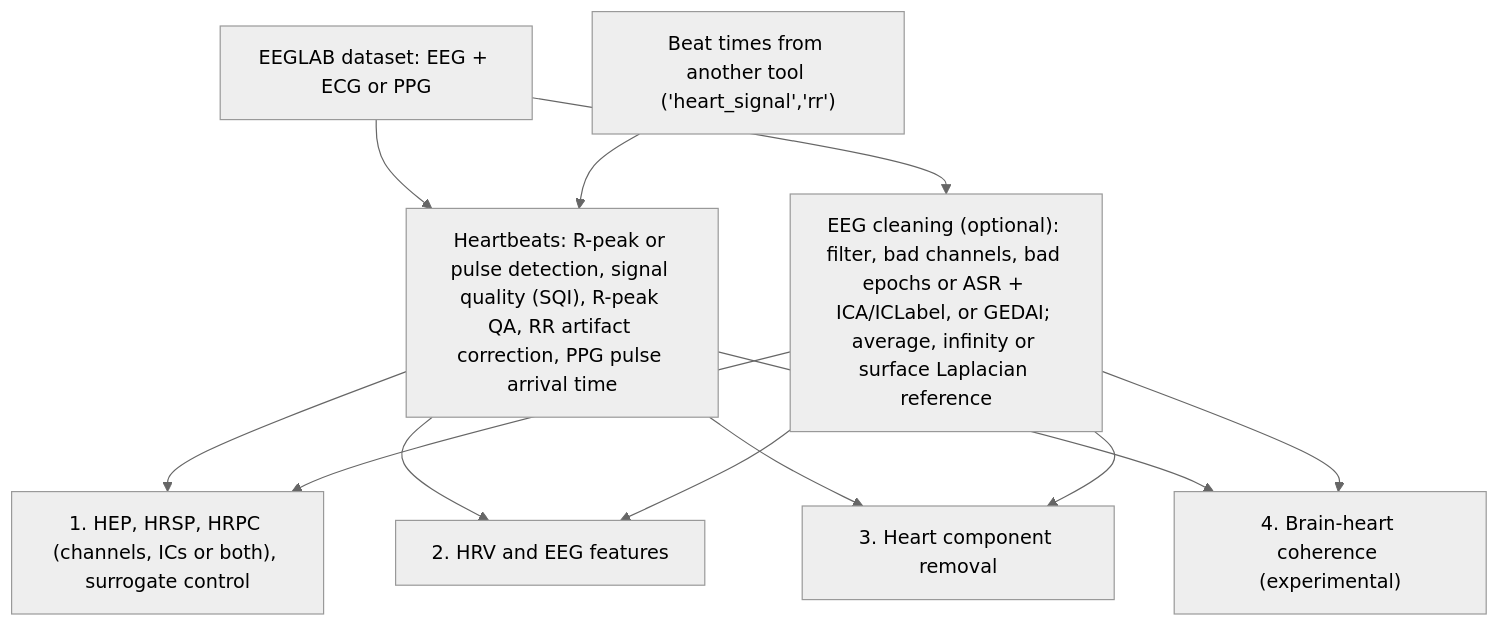
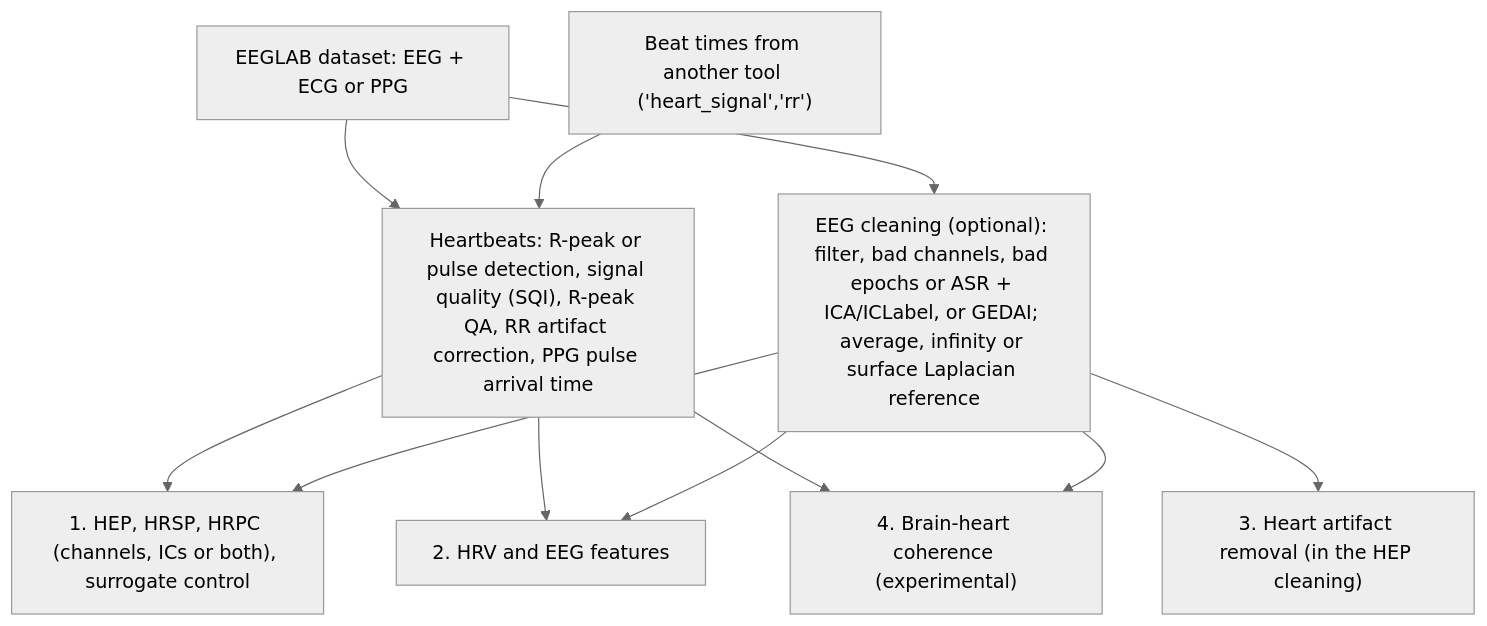
One commit to amisepa/BrainBeats changed the diagram in README.md. Above: the diagram before and after it, drawn with Mermaid (neutral theme). The commit also changed other lines of this file and 20 other files, not shown here.

First line of the commit message:
HEP: ICA is the default heart artifact removal again; rm_heart removed; PPG pulse arrival time from the ECG or the EEG only on request

````diff
--- a/README.md
+++ b/README.md
@@ -61,14 +61,13 @@
 ```mermaid
 flowchart TD
     D["EEGLAB dataset: EEG + ECG or PPG"] --> H["Heartbeats: R-peak or pulse detection, signal quality (SQI), R-peak QA, RR artifact correction, PPG pulse arrival time"]
     R["Beat times from another tool ('heart_signal','rr')"] --> H
     D --> C["EEG cleaning (optional): filter, bad channels, bad epochs or ASR + ICA/ICLabel, or GEDAI; average, infinity or surface Laplacian reference"]
     H --> M1["1. HEP, HRSP, HRPC (channels, ICs or both), surrogate control"]
     C --> M1
     H --> M2["2. HRV and EEG features"]
     C --> M2
-    H --> M3["3. Heart component removal"]
-    C --> M3
+    C --> M3["3. Heart artifact removal (in the HEP cleaning)"]
     H --> M4["4. Brain-heart coherence (experimental)"]
     C --> M4
 ```
````
